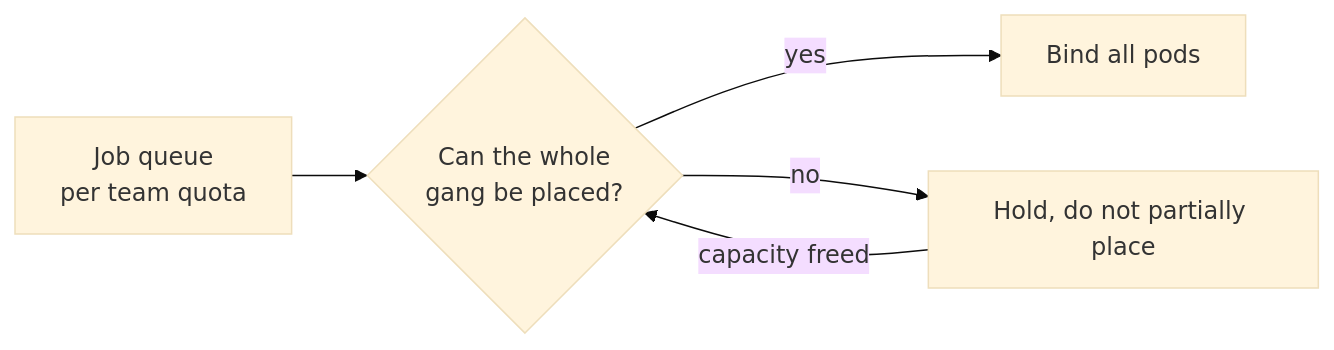
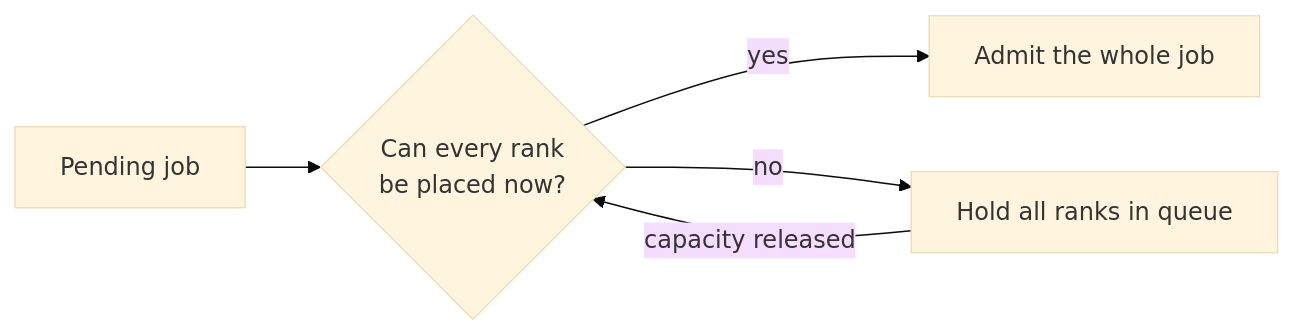
Before and after one commit to arpanpathak/cracking-the-systems-programming-interview: the third of 5 diagrams in systems_design/02-gpu-cluster-scheduling.md, drawn with Mermaid (base theme). The commit also changed other lines of this file and 6 other files, not shown here.

````diff
--- a/systems_design/02-gpu-cluster-scheduling.md
+++ b/systems_design/02-gpu-cluster-scheduling.md
@@ -56,7 +98,7 @@
 ```mermaid
 flowchart LR
-    Q["Job queue<br/>per team quota"] --> ADM{"Can the whole<br/>gang be placed?"}
-    ADM -->|"yes"| BIND["Bind all pods"]
-    ADM -->|"no"| WAIT["Hold, do not partially place"]
-    WAIT -->|"capacity freed"| ADM
+    Q["Pending job"] --> A{"Can every rank<br/>be placed now?"}
+    A -->|"yes"| B["Admit the whole job"]
+    A -->|"no"| C["Hold all ranks in queue"]
+    C -->|"capacity released"| A
 ```
````
